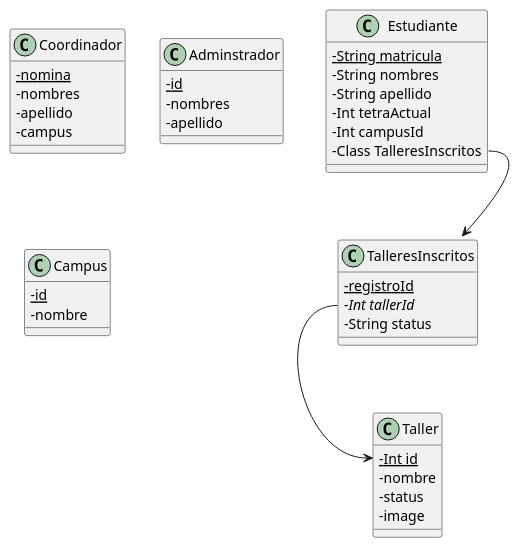
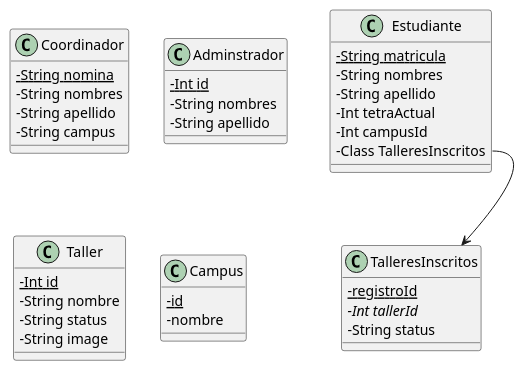
Before and after one commit to facund015/codeRelatedObsidianNotes: the diagram in Reto/Base de datos.md, drawn with PlantUML.

Commit message:
vault backup: 2021-10-12 12:22:04

````diff
--- a/Reto/Base de datos.md
+++ b/Reto/Base de datos.md
@@ -2,48 +2,47 @@
 ```plantuml
 @startuml
 skinparam classAttributeIconSize 0
 class Estudiante {
 	{static} - String matricula
 	-String nombres
 	-String apellido
 	-Int tetraActual
 	-Int campusId
 	-Class TalleresInscritos
 }
 
 class TalleresInscritos {
 	{static} -registroId 
 	{abstract} -Int tallerId
 	-String status
 }
 
 class Coordinador {
-	{static} -nomina
-	-nombres
-	-apellido
-	-campus
+	{static} -String nomina
+	-String nombres
+	-String apellido
+	-String campus
 }
 
 class Adminstrador {
-	{static} -id
-	-nombres
-	-apellido
+	{static} -Int id
+	-String nombres
+	-String apellido
 }
 
 class Taller {
     {static} -Int id 
-    - nombre
-    - status
-    - image
+    - String nombre
+    - String status
+    - String image
 }
 
 class Campus {
 	{static} -id
 	-nombre
 }
 
-Estudiante::TalleresInscritos -->  TalleresInscritos
-TalleresInscritos::tallerId --> Taller::id 
+Estudiante::TalleresInscritos --> TalleresInscritos
 
 @enduml
 ```
````
